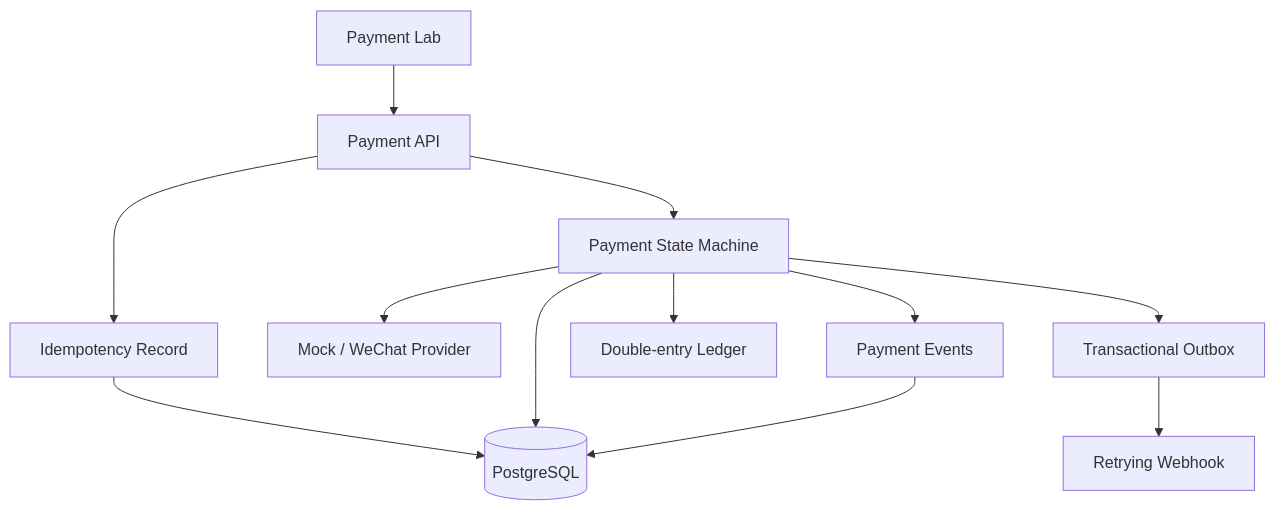
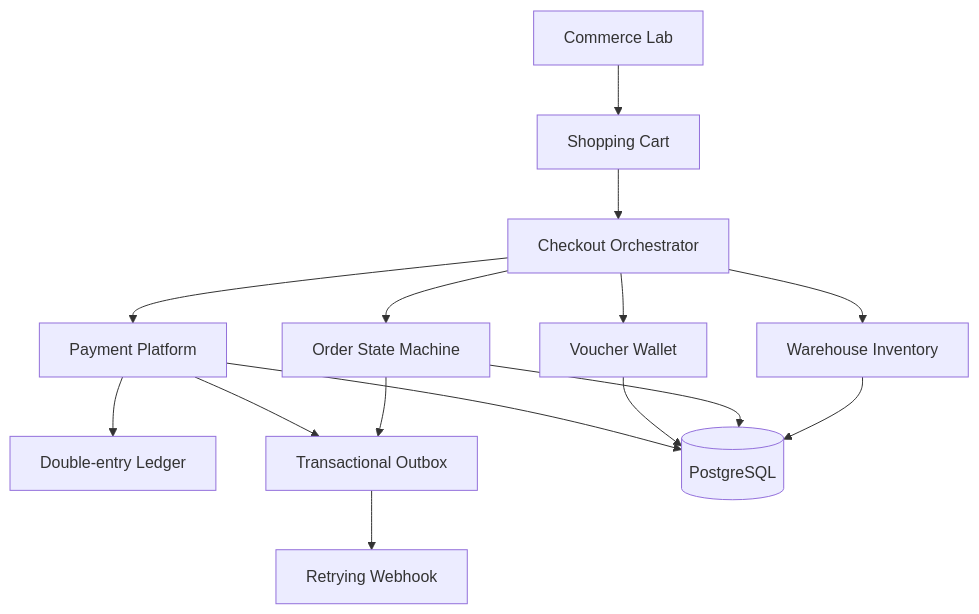
Before and after one commit to Xin898/WechatPayment: the first of 2 diagrams in README.md, drawn with Mermaid. The commit also changed other lines of this file and 19 other files, not shown here.

Commit message:
feat: expand into direct commerce platform

```diff
--- a/README.md
+++ b/README.md
@@ -32,14 +42,17 @@
 ~~~mermaid
 flowchart TD
-    Browser["Payment Lab"] --> API["Payment API"]
-    API --> Idempotency["Idempotency Record"]
-    API --> Payment["Payment State Machine"]
-    Payment --> Provider["Mock / WeChat Provider"]
-    Payment --> Events["Payment Events"]
-    Idempotency --> DB[("PostgreSQL")]
+    Storefront["Commerce Lab"] --> Cart["Shopping Cart"]
+    Cart --> Checkout["Checkout Orchestrator"]
+    Checkout --> Inventory["Warehouse Inventory"]
+    Checkout --> Order["Order State Machine"]
+    Checkout --> Wallet["Voucher Wallet"]
+    Checkout --> Payment["Payment Platform"]
+    Payment --> Ledger["Double-entry Ledger"]
+    Order --> Outbox["Transactional Outbox"]
+    Payment --> Outbox
+    Outbox --> Webhook["Retrying Webhook"]
+    Inventory --> DB[("PostgreSQL")]
+    Order --> DB
+    Wallet --> DB
     Payment --> DB
-    Events --> DB
-    Payment --> Ledger["Double-entry Ledger"]
-    Payment --> Outbox["Transactional Outbox"]
-    Outbox --> Webhook["Retrying Webhook"]
 ~~~
```
